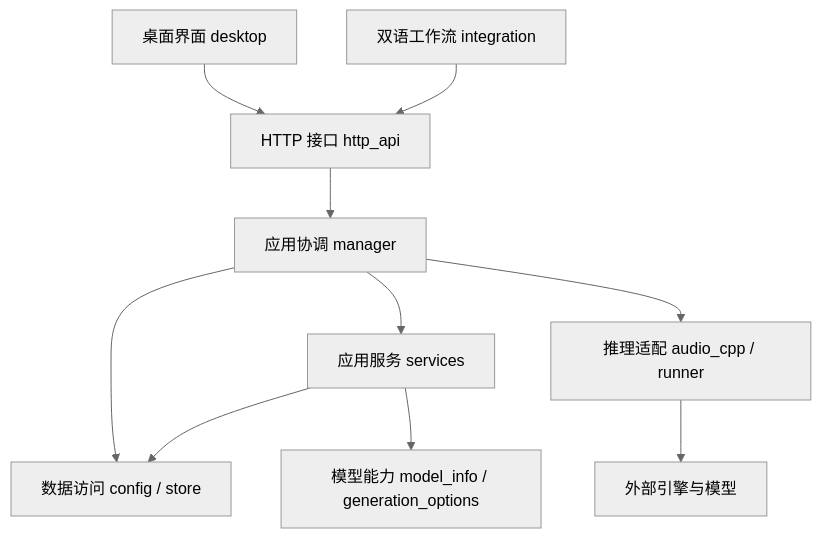
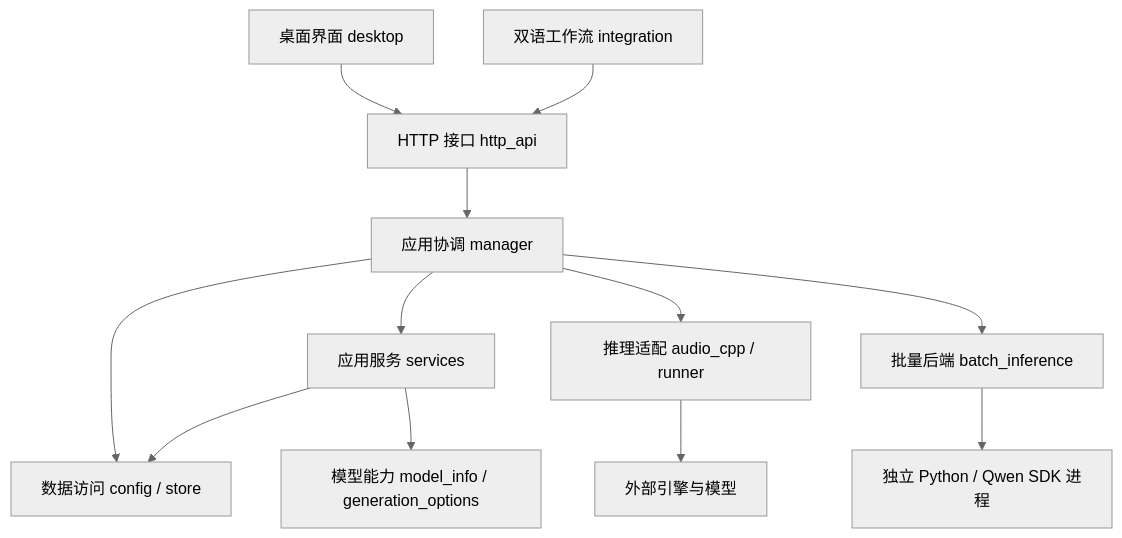
The diagram in docs/ARCHITECTURE.md (weizhigao21/shengjian-tts), drawn with Mermaid (neutral theme) before and after one commit. The commit also changed other lines of this file and 36 other files, not shown here.

Commit message:
feat: add optional Qwen batch inference routing (v0.7.44)

````diff
--- a/docs/ARCHITECTURE.md
+++ b/docs/ARCHITECTURE.md
@@ -7,12 +7,14 @@
 ```mermaid
 flowchart TD
     Desktop[桌面界面 desktop] --> HTTP[HTTP 接口 http_api]
     Workflow[双语工作流 integration] --> HTTP
     HTTP --> Manager[应用协调 manager]
     Manager --> Services[应用服务 services]
     Manager --> Storage[数据访问 config / store]
     Services --> Storage
     Manager --> Engines[推理适配 audio_cpp / runner]
+    Manager --> Batch[批量后端 batch_inference]
+    Batch --> Worker[独立 Python / Qwen SDK 进程]
     Services --> Capability[模型能力 model_info / generation_options]
     Engines --> Runtime[外部引擎与模型]
 ```
````
